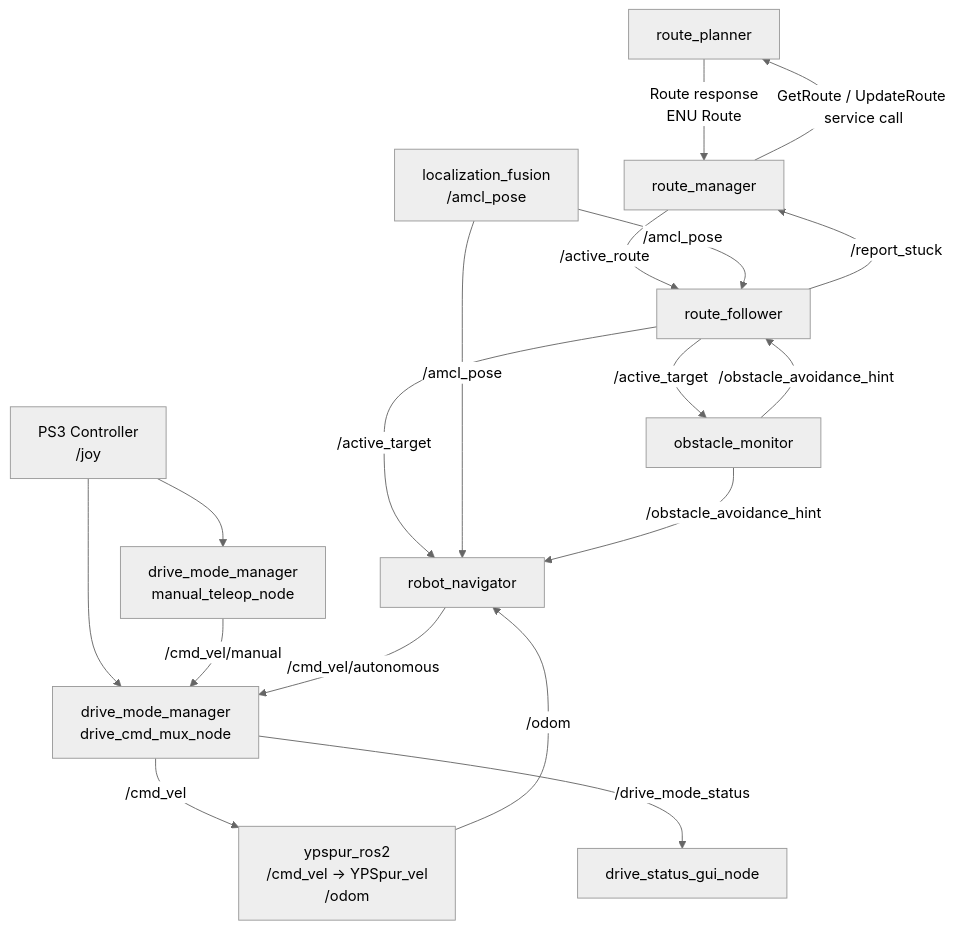
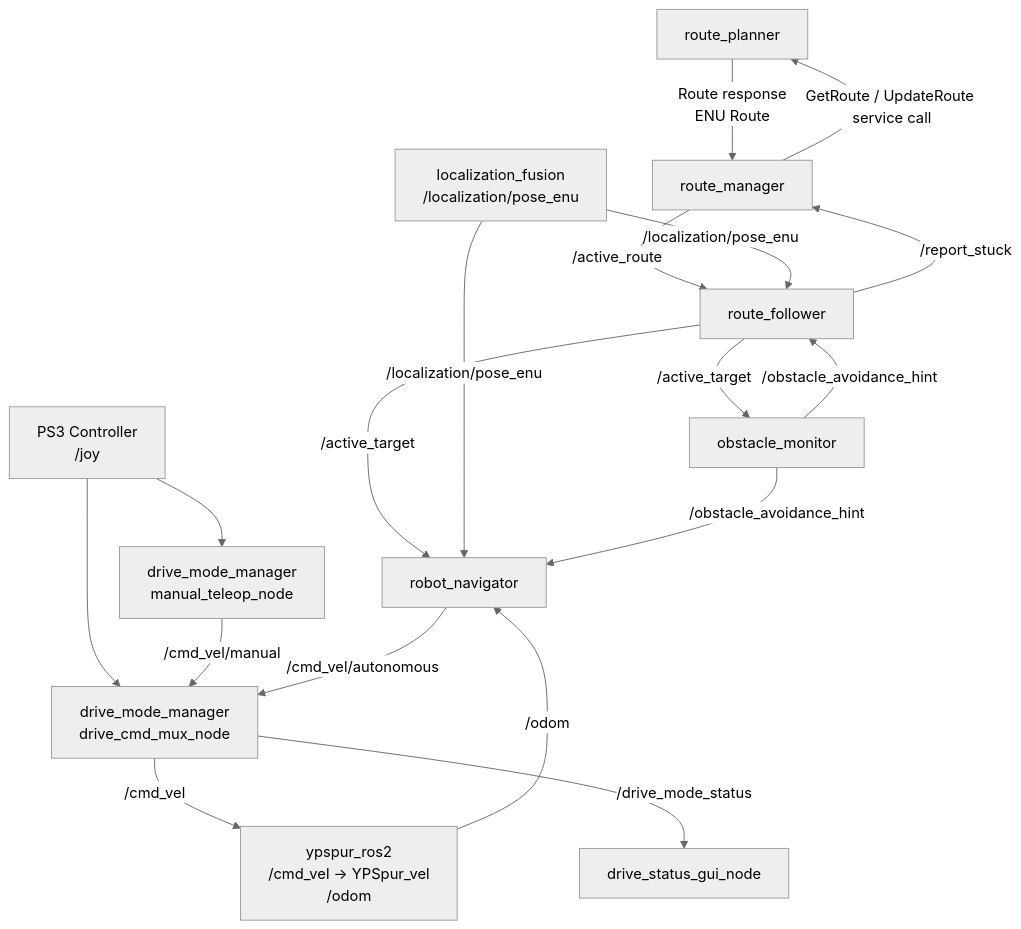
Before and after one commit to kazoga/tc2026: the third of 7 diagrams in docs/次期システム_アーキテクチャ検討レポート.md, drawn with Mermaid (neutral theme). The commit also changed other lines of this file and 48 other files, not shown here.

Commit message:
Migrate localization pose topic to pose_enu

````diff
--- a/docs/次期システム_アーキテクチャ検討レポート.md
+++ b/docs/次期システム_アーキテクチャ検討レポート.md
@@ -402,32 +401,32 @@
 ```mermaid
 flowchart TD
   RP["route_planner"]
   RM["route_manager"]
   RF["route_follower"]
   RN["robot_navigator"]
   OM["obstacle_monitor"]
-  LOC["localization_fusion<br/>/amcl_pose"]
+  LOC["localization_fusion<br/>/localization/pose_enu"]
   JOY["PS3 Controller<br/>/joy"]
   TELEOP["drive_mode_manager<br/>manual_teleop_node"]
   MUX["drive_mode_manager<br/>drive_cmd_mux_node"]
   DGUI["drive_status_gui_node"]
   YP["ypspur_ros2<br/>/cmd_vel -> YPSpur_vel<br/>/odom"]
 
   RM -- "GetRoute / UpdateRoute service call" --> RP
   RP -- "Route response<br/>ENU Route" --> RM
   RM -- "/active_route" --> RF
-  LOC -- "/amcl_pose" --> RF
+  LOC -- "/localization/pose_enu" --> RF
   RF -- "/active_target" --> RN
   RF -- "/active_target" --> OM
-  LOC -- "/amcl_pose" --> RN
+  LOC -- "/localization/pose_enu" --> RN
   YP -- "/odom" --> RN
   OM -- "/obstacle_avoidance_hint" --> RF
   OM -- "/obstacle_avoidance_hint" --> RN
   JOY --> TELEOP
   JOY --> MUX
   TELEOP -- "/cmd_vel/manual" --> MUX
   RN -- "/cmd_vel/autonomous" --> MUX
   MUX -- "/cmd_vel" --> YP
   MUX -- "/drive_mode_status" --> DGUI
   RF -- "/report_stuck" --> RM
 ```
````
